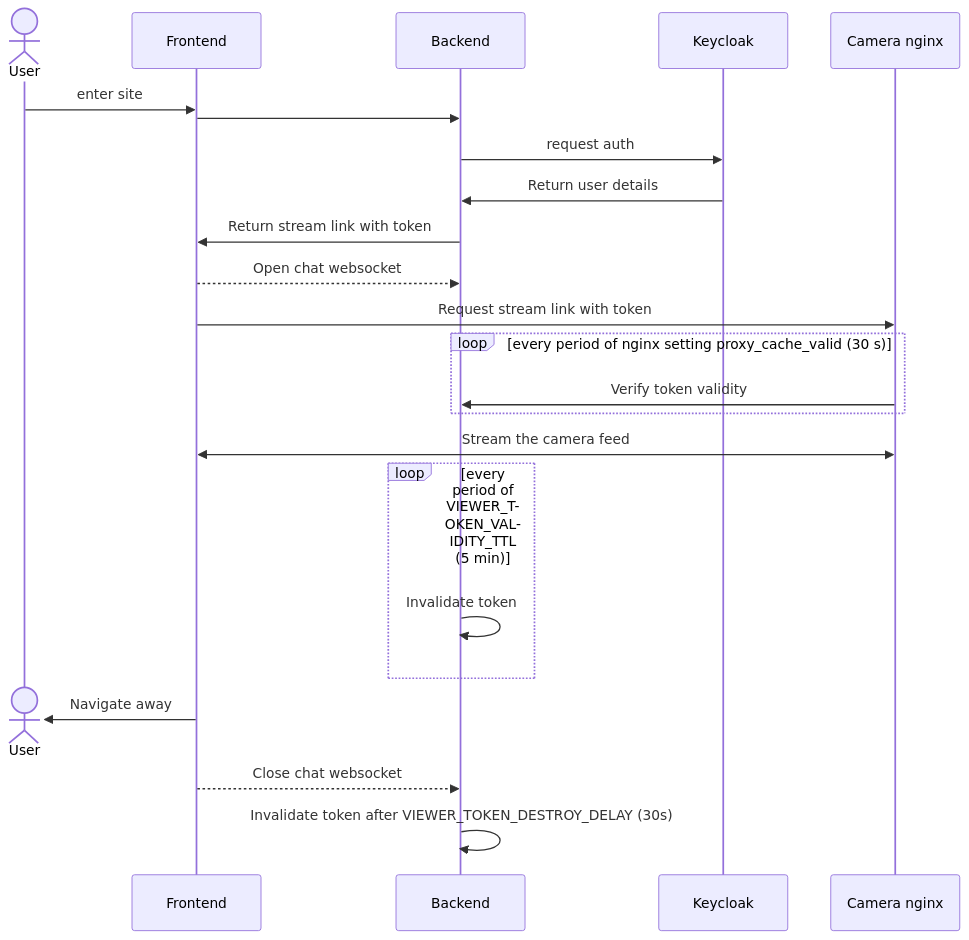
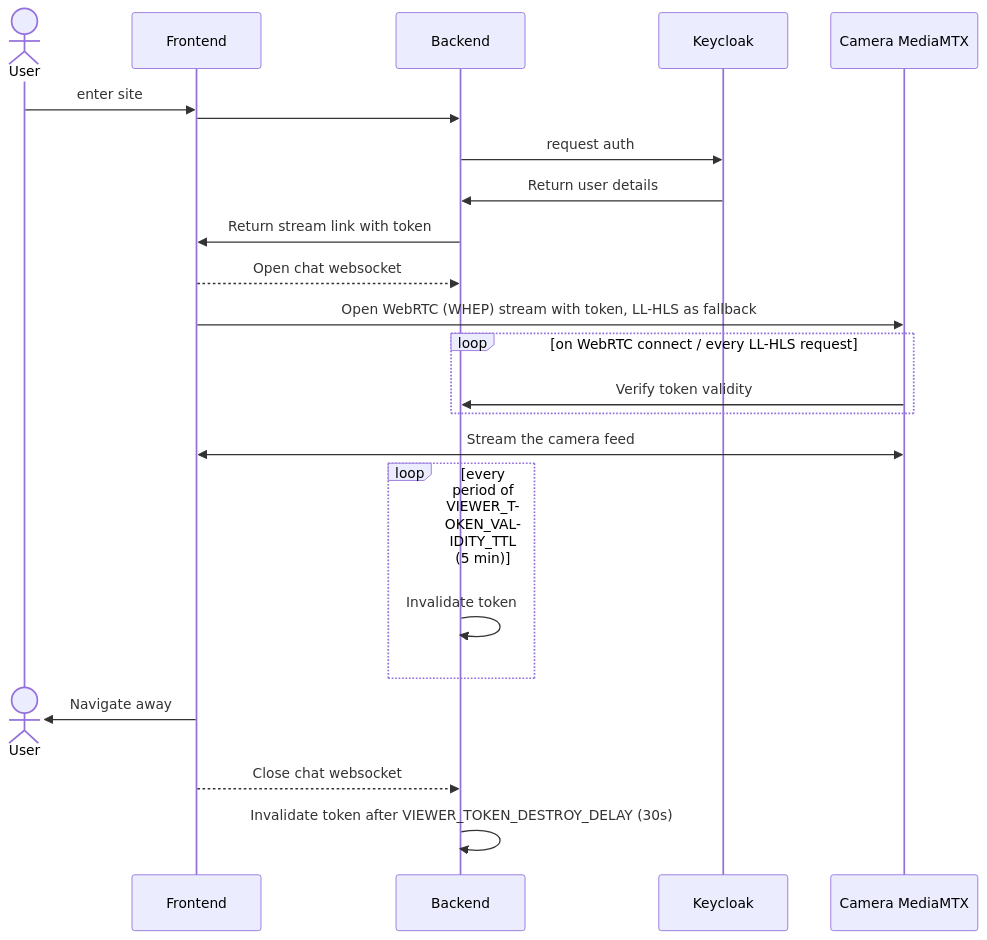
One commit to Prodeko/kiltiskamera changed the diagram in README.md. Above: the diagram before and after it, drawn with Mermaid. The commit also changed 8 other files, not shown here.

First line of the commit message:
Stream the camera over WebRTC with LL-HLS fallback

````diff
--- a/README.md
+++ b/README.md
@@ -1,23 +1,23 @@
 ```mermaid
 
 sequenceDiagram
     actor User
     User->>Frontend: enter site
     Frontend->>Backend: 
     Backend->>Keycloak: request auth
     Keycloak->>Backend: Return user details
     Backend->>Frontend: Return stream link with token
     Frontend-->>Backend: Open chat websocket
-    Frontend->>Camera nginx: Request stream link with token
-    loop every period of nginx setting proxy_cache_valid (30 s)
-        Camera nginx->>Backend: Verify token validity
+    Frontend->>Camera MediaMTX: Open WebRTC (WHEP) stream with token, LL-HLS as fallback
+    loop on WebRTC connect / every LL-HLS request
+        Camera MediaMTX->>Backend: Verify token validity
     end
-    Camera nginx<<->>Frontend: Stream the camera feed
+    Camera MediaMTX<<->>Frontend: Stream the camera feed
     loop every period of VIEWER_TOKEN_VALIDITY_TTL (5 min)
         Backend->>Backend: Invalidate token
     end
     destroy User
     Frontend->>User: Navigate away
     Frontend-->>Backend: Close chat websocket
     Backend->>Backend: Invalidate token after VIEWER_TOKEN_DESTROY_DELAY (30s)
 ```
````
